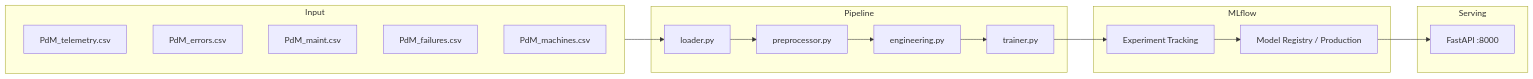
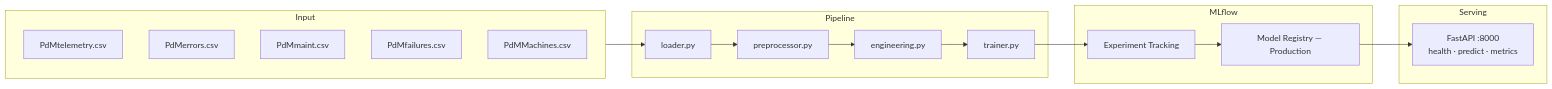
Before and after one commit to harrysonguerrero-max/pdm-ml: the diagram in README.md, drawn with Mermaid. The commit also changed other lines of this file and 2 other files, not shown here.

````diff
--- a/README.md
+++ b/README.md
@@ -109,22 +93,22 @@
 ```mermaid
 flowchart LR
     subgraph Input
-        A[PdM_telemetry.csv]
-        B[PdM_errors.csv]
-        C[PdM_maint.csv]
-        D[PdM_failures.csv]
-        E[PdM_machines.csv]
+        A[PdMtelemetry.csv] 
+        B[PdMerrors.csv]
+        C[PdMmaint.csv]
+        D[PdMfailures.csv]
+        E[PdMMachines.csv]
     end
     subgraph Pipeline
         F[loader.py] --> G[preprocessor.py] --> H[engineering.py] --> I[trainer.py]
     end
     subgraph MLflow
-        J[Experiment Tracking] --> K[Model Registry / Production]
+        J[Experiment Tracking] --> K[Model Registry — Production]
     end
     subgraph Serving
-        L[FastAPI :8000]
+        L[FastAPI :8000<br/>health · predict · metrics]
     end
     Input --> F
     I --> J
     K --> L
 ```
````
